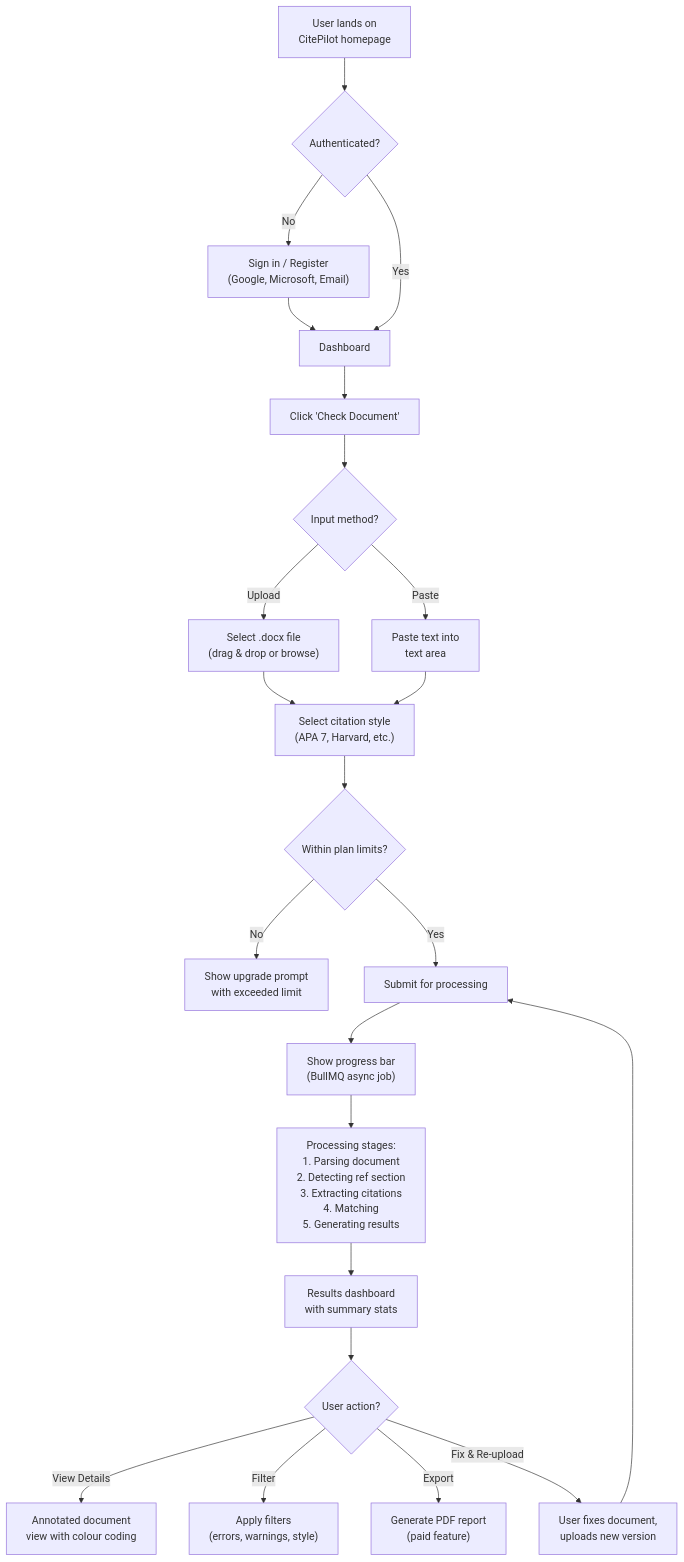
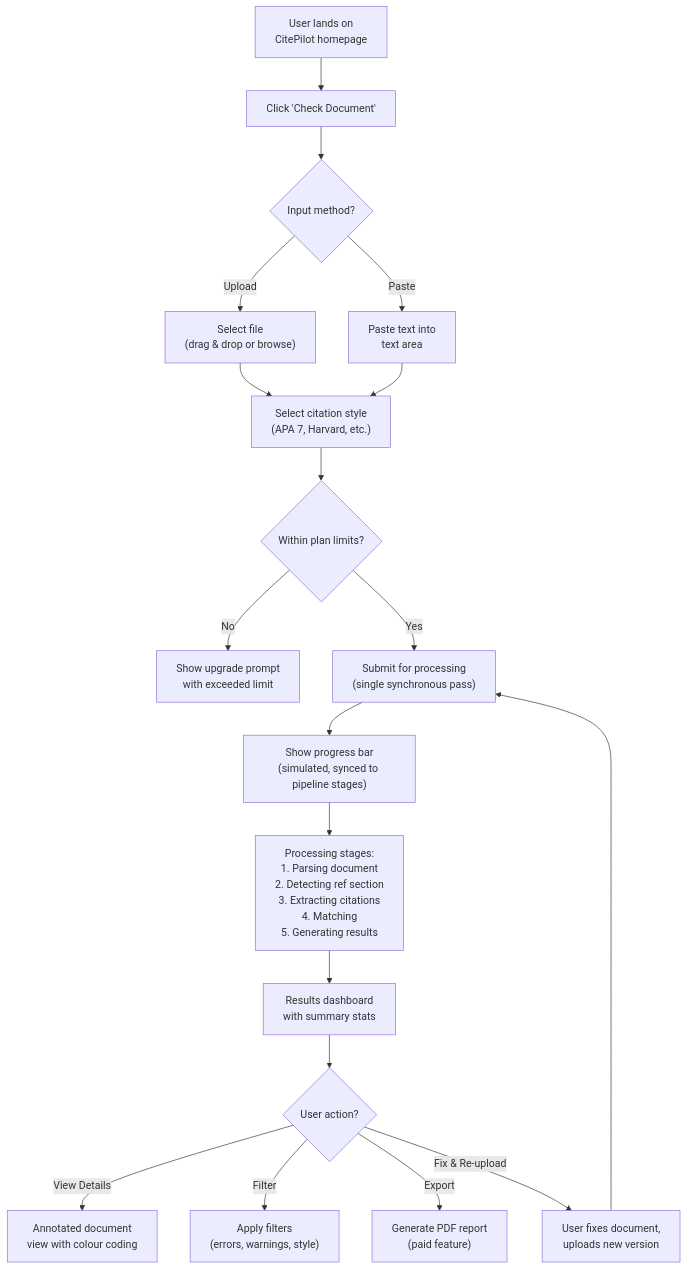
One commit to Faithmanex/citepilot changed the fourth of 6 diagrams in 01-discovery-strategy/02-prd.md. Above: the diagram before and after it, drawn with Mermaid. The commit also changed other lines of this file and 32 other files, not shown here.

Commit message:
docs(truthfulness): align architecture, security, legal, and ops docs with live MVP stack

````diff
--- a/01-discovery-strategy/02-prd.md
+++ b/01-discovery-strategy/02-prd.md
@@ -389,25 +411,21 @@
 ```mermaid
 flowchart TD
-    A["User lands on\nCitePilot homepage"] --> B{"Authenticated?"}
-    B -- No --> C["Sign in / Register\n(Google, Microsoft, Email)"]
-    C --> D["Dashboard"]
-    B -- Yes --> D
-    D --> E["Click 'Check Document'"]
+    A["User lands on\nCitePilot homepage"] --> E["Click 'Check Document'"]
     E --> F{"Input method?"}
-    F -- Upload --> G["Select .docx file\n(drag & drop or browse)"]
+    F -- Upload --> G["Select file\n(drag & drop or browse)"]
     F -- Paste --> H["Paste text into\ntext area"]
     G --> I["Select citation style\n(APA 7, Harvard, etc.)"]
     H --> I
     I --> J{"Within plan limits?"}
     J -- No --> K["Show upgrade prompt\nwith exceeded limit"]
-    J -- Yes --> L["Submit for processing"]
-    L --> M["Show progress bar\n(BullMQ async job)"]
+    J -- Yes --> L["Submit for processing\n(single synchronous pass)"]
+    L --> M["Show progress bar\n(simulated, synced to pipeline stages)"]
     M --> N["Processing stages:\n1. Parsing document\n2. Detecting ref section\n3. Extracting citations\n4. Matching\n5. Generating results"]
     N --> O["Results dashboard\nwith summary stats"]
     O --> P{"User action?"}
     P -- View Details --> Q["Annotated document\nview with colour coding"]
     P -- Filter --> R["Apply filters\n(errors, warnings, style)"]
     P -- Export --> S["Generate PDF report\n(paid feature)"]
     P -- Fix & Re-upload --> T["User fixes document,\nuploads new version"]
     T --> L
 ```
````
